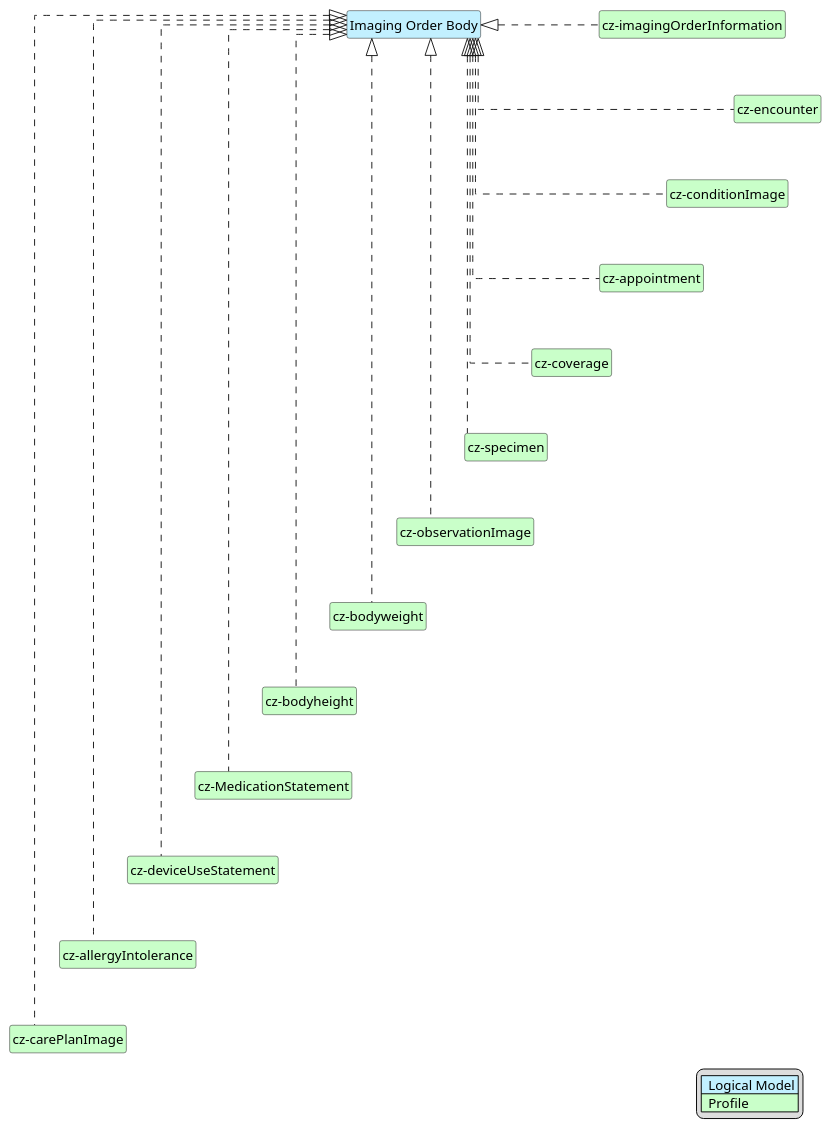
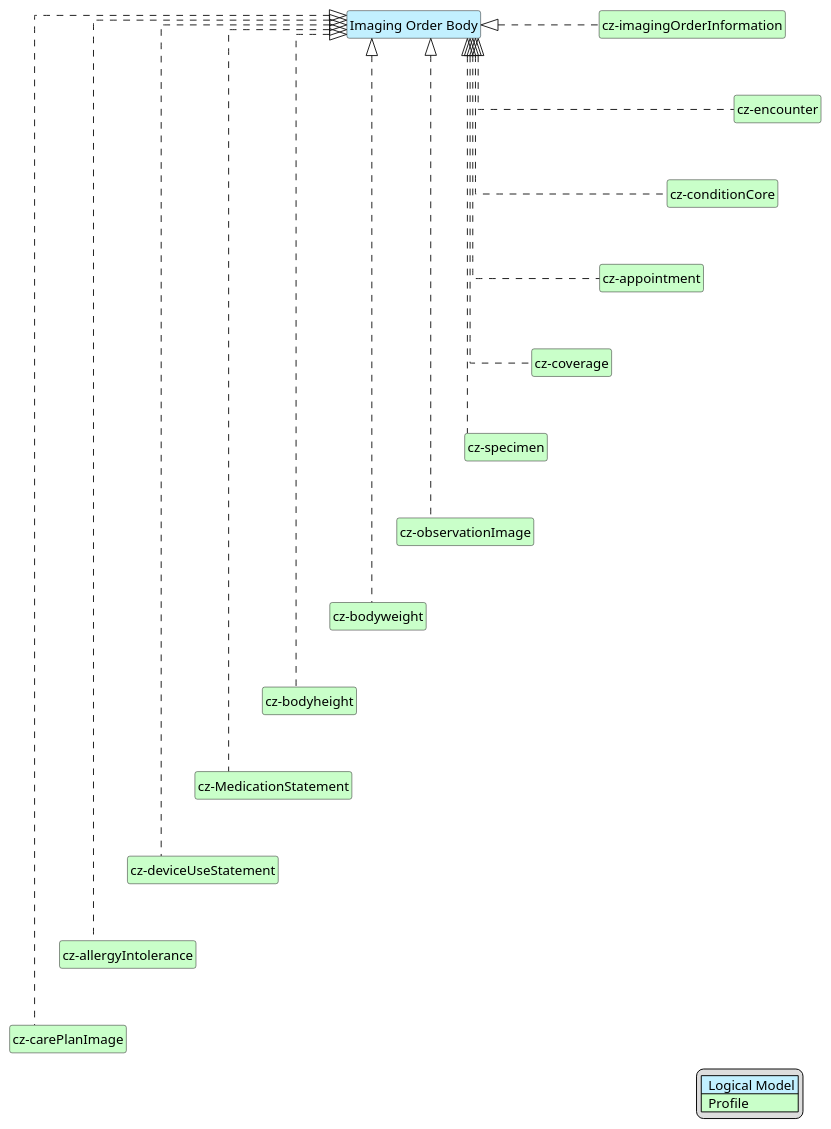
Before and after one commit to HL7-cz/img-order: the diagram in input/images-source/imgOrderBody-map.plantuml, drawn with PlantUML. The commit also changed 4 other files, not shown here.

```diff
--- a/input/images-source/imgOrderBody-map.plantuml
+++ b/input/images-source/imgOrderBody-map.plantuml
@@ -1,58 +1,58 @@
 @startuml
 hide circle
 hide stereotype
 hide members
 hide methods
 skinparam linetype ortho
 skinparam class {
 BackgroundColor<<LogicalModel>> #APPLICATION
 BackgroundColor<<Profile>> #TECHNOLOGY
 }
 legend right
 | <#APPLICATION>  Logical Model |
 | <#TECHNOLOGY>  Profile |
 endlegend
 class "Imaging Order Body" <<LogicalModel>> [[StructureDefinition-BodyImageOrderCz.html]]
 
 class "cz-imagingOrderInformation" <<Profile>> [[StructureDefinition-cz-imagingOrderInformation.html]]
-class "cz-conditionImage" <<Profile>> [[https://hl7.cz/fhir/core/StructureDefinition-condition-cz-core.html]]
+class "cz-conditionCore" <<Profile>> [[https://hl7.cz/fhir/core/StructureDefinition-condition-cz-core.html]]
 class "cz-encounter" <<Profile>> [[https://hl7.cz/fhir/core/StructureDefinition-cz-encounter.html]]
 class "cz-coverage" <<Profile>> [[https://hl7.cz/fhir/core/StructureDefinition-cz-coverage.html]]
 class "cz-appointment" <<Profile>> [[https://hl7.cz/fhir/core/StructureDefinition-appointment-cz-core.html]]
 class "cz-specimen" <<Profile>> [[https://hl7.cz/fhir/core/StructureDefinition-cz-specimen.html]]
 class "cz-observationImage" <<Profile>> [[StructureDefinition-cz-observationImage.html]]
 class "cz-bodyweight" <<Profile>> [[StructureDefinition-cz-bodyweight.html]]
 class "cz-bodyheight" <<Profile>> [[StructureDefinition-cz-bodyheight.html]]
 class "cz-MedicationStatement" <<Profile>> [[https://hl7.cz/fhir/core/StructureDefinition-medicationStatement-cz-core.html]]
 class "cz-deviceUseStatement" <<Profile>> [[StructureDefinition-cz-deviceUseStatement.html]]
 class "cz-allergyIntolerance" <<Profile>> [[https://hl7.cz/fhir/core/StructureDefinition-allergyIntolerance-cz-core.html]]
 class "cz-carePlanImage" <<Profile>> [[https://hl7.cz/fhir/core/StructureDefinition-carePlan-cz-core.html]]
 
 "Imaging Order Body" <|. "cz-imagingOrderInformation"
 "Imaging Order Body" <|. "cz-appointment"
 "Imaging Order Body" <|. "cz-coverage"
-"Imaging Order Body" <|. "cz-conditionImage"
+"Imaging Order Body" <|. "cz-conditionCore"
 "Imaging Order Body" <|. "cz-encounter"
 "Imaging Order Body" <|. "cz-specimen"
 "Imaging Order Body" <|. "cz-observationImage"
 "Imaging Order Body" <|. "cz-bodyweight"
 "Imaging Order Body" <|. "cz-bodyheight"
 "Imaging Order Body" <|. "cz-MedicationStatement"
 "Imaging Order Body" <|. "cz-deviceUseStatement"
 "Imaging Order Body" <|. "cz-allergyIntolerance"
 "Imaging Order Body" <|. "cz-carePlanImage"
 
 "cz-imagingOrderInformation" -d[hidden]-> "cz-encounter"
-"cz-encounter" -d[hidden]-> "cz-conditionImage"
-"cz-conditionImage" -d[hidden]-> "cz-appointment"
+"cz-encounter" -d[hidden]-> "cz-conditionCore"
+"cz-conditionCore" -d[hidden]-> "cz-appointment"
 "cz-appointment" -d[hidden]-> "cz-coverage"
 "cz-coverage" -d[hidden]-> "cz-specimen"
 "cz-specimen" -d[hidden]-> "cz-observationImage"
 "cz-observationImage" -d[hidden]-> "cz-bodyweight"
 "cz-bodyweight" -d[hidden]-> "cz-bodyheight"
 "cz-bodyheight" -d[hidden]-> "cz-MedicationStatement"
 "cz-MedicationStatement" -d[hidden]-> "cz-deviceUseStatement"
 "cz-deviceUseStatement" -d[hidden]-> "cz-allergyIntolerance"
 "cz-allergyIntolerance" -d[hidden]-> "cz-carePlanImage"
 
 @enduml
```
